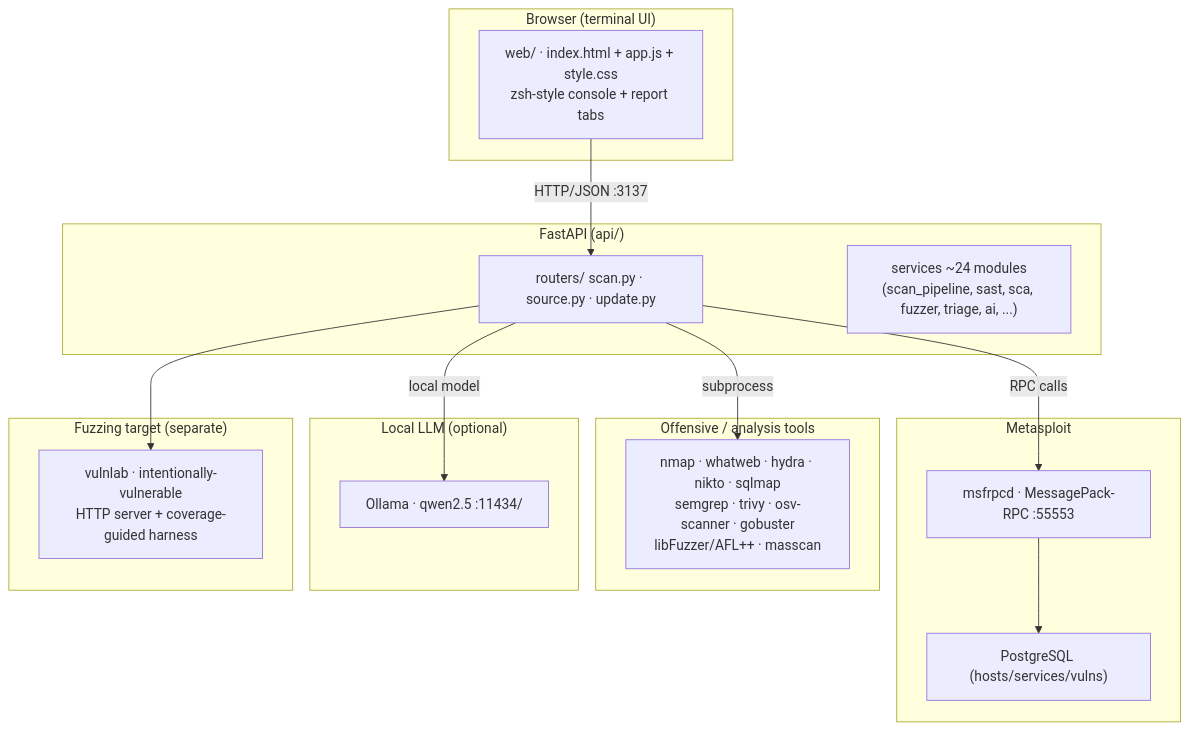
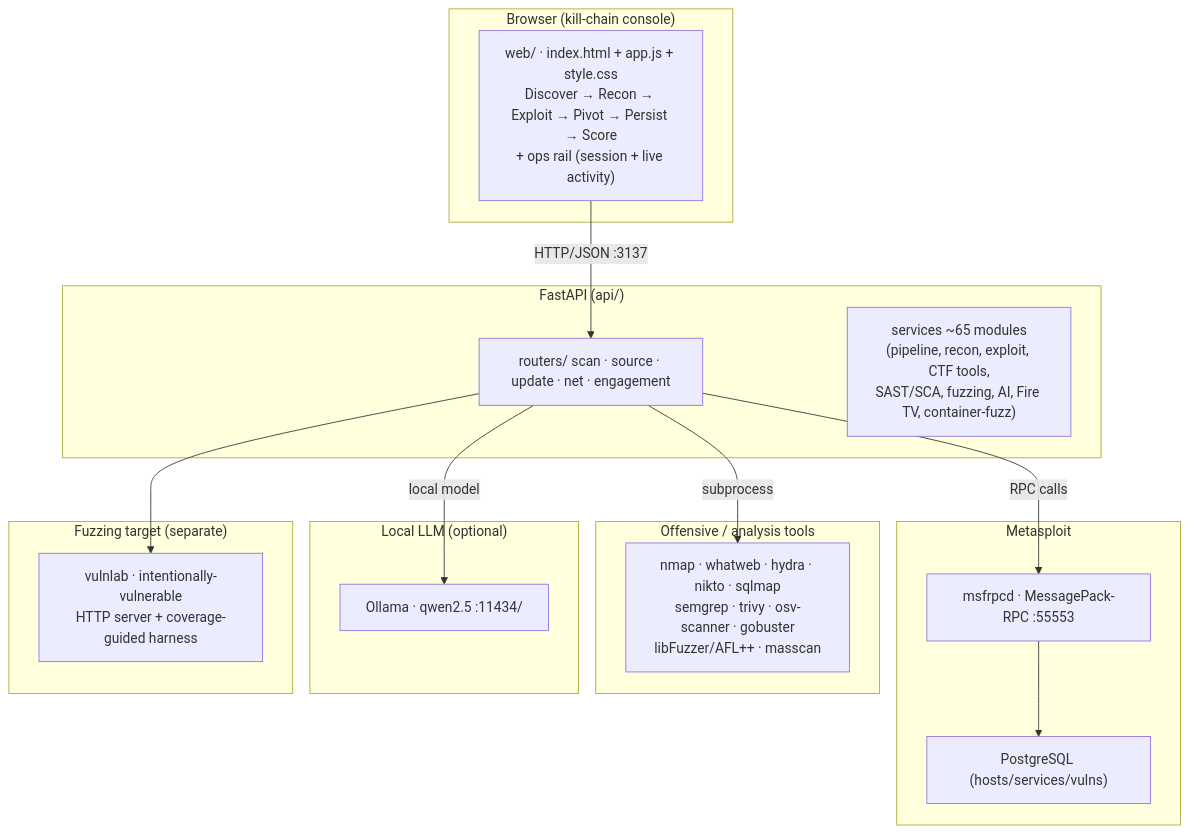
One commit to Greg-2600/h4k changed the diagram in docs/architecture.mmd. Above: the diagram before and after it, drawn with Mermaid. The commit also changed 30 other files, not shown here.

```diff
--- a/docs/architecture.mmd
+++ b/docs/architecture.mmd
@@ -1,33 +1,33 @@
 flowchart TB
-    subgraph browser["Browser (terminal UI)"]
-        UI["web/ · index.html + app.js + style.css<br/>zsh-style console + report tabs"]
+    subgraph browser["Browser (kill-chain console)"]
+        UI["web/ · index.html + app.js + style.css<br/>Discover → Recon → Exploit → Pivot → Persist → Score<br/>+ ops rail (session + live activity)"]
     end
 
     subgraph api["FastAPI (api/)"]
-        R["routers/ scan.py · source.py · update.py"]
-        S["services ~24 modules<br/>(scan_pipeline, sast, sca, fuzzer, triage, ai, ...)"]
+        R["routers/ scan · source · update · net · engagement"]
+        S["services ~65 modules<br/>(pipeline, recon, exploit, CTF tools,<br/>SAST/SCA, fuzzing, AI, Fire TV, container-fuzz)"]
     end
 
     subgraph msf["Metasploit"]
         RPC["msfrpcd · MessagePack-RPC :55553"]
         DB["PostgreSQL (hosts/services/vulns)"]
     end
 
     subgraph tools["Offensive / analysis tools"]
         TOOLS["nmap · whatweb · hydra · nikto · sqlmap<br/>semgrep · trivy · osv-scanner · gobuster<br/>libFuzzer/AFL++ · masscan"]
     end
 
     subgraph llm["Local LLM (optional)"]
         OLLAMA["Ollama · qwen2.5 :11434/<sidecar>"]
     end
 
     subgraph lab["Fuzzing target (separate)"]
         VULN["vulnlab · intentionally-vulnerable<br/>HTTP server + coverage-guided harness"]
     end
 
     UI -->|HTTP/JSON :3137| R
     R -->|RPC calls| RPC
     RPC --> DB
     R -->|subprocess| TOOLS
     R -->|local model| OLLAMA
     R --> VULN
```
